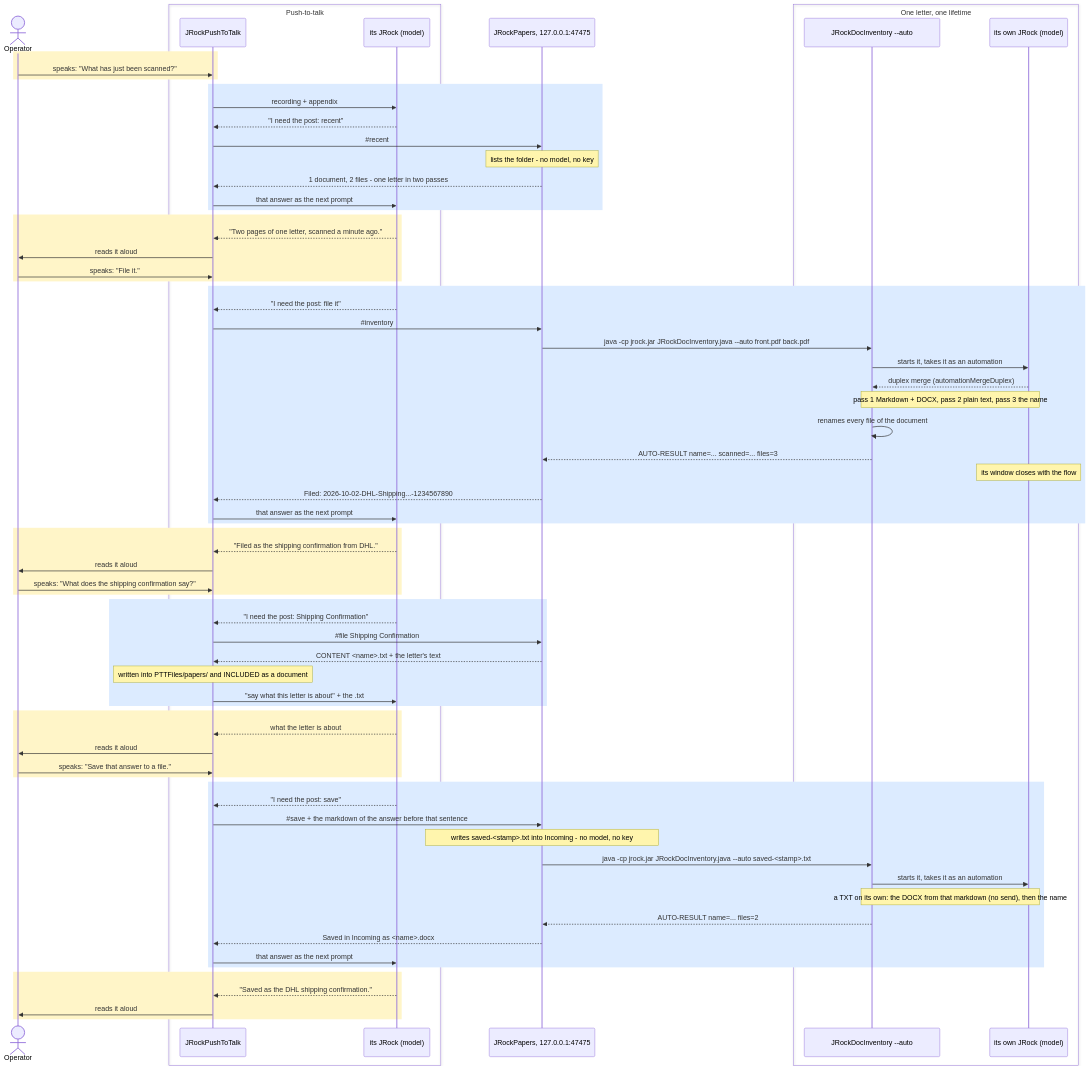
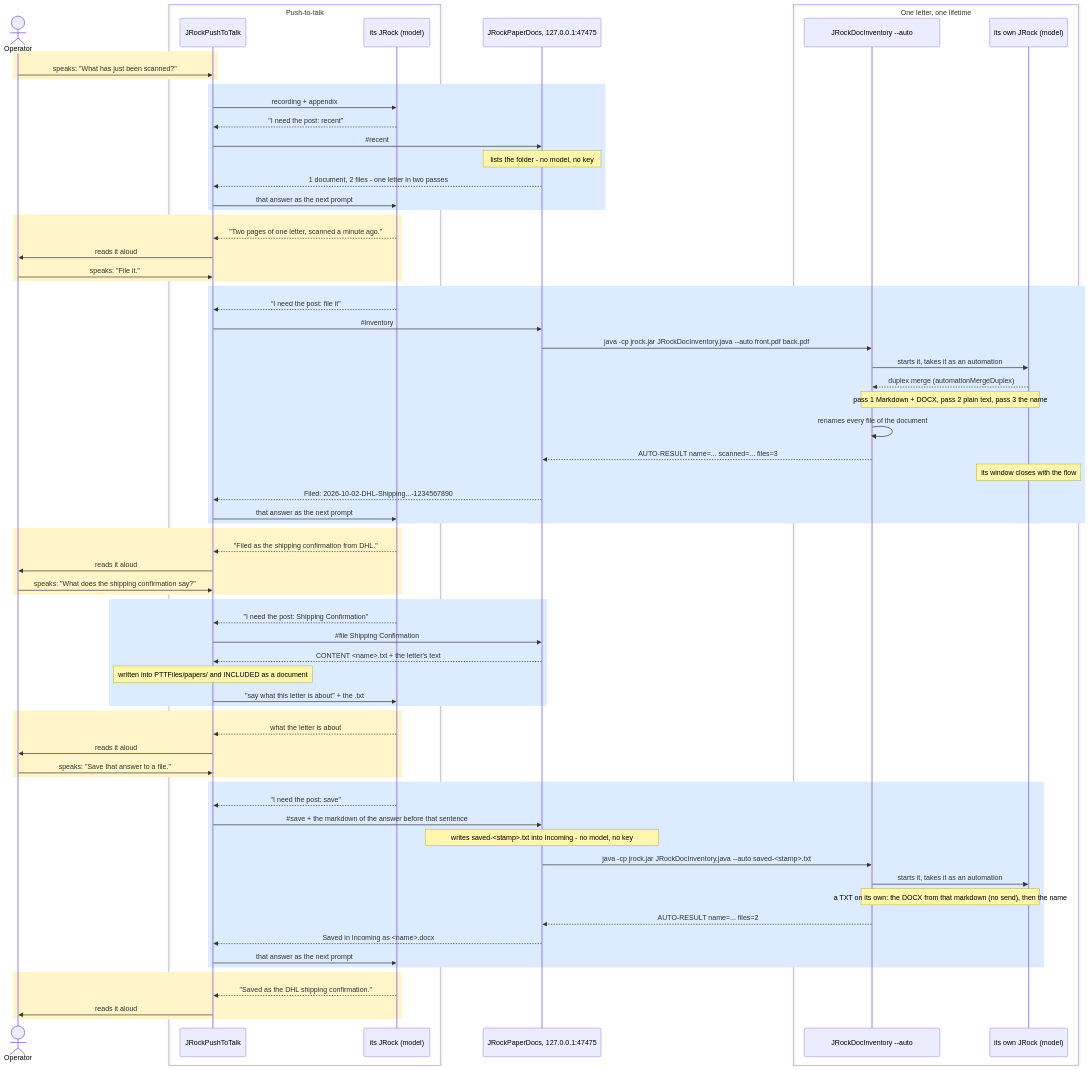
Before and after one commit to ivan-khvostishkov/jrock: the third of 7 diagrams in README.md, drawn with Mermaid. The commit also changed other lines of this file and 5 other files, not shown here.

````diff
--- a/README.md
+++ b/README.md
@@ -2748,75 +2748,75 @@
 ```mermaid
 sequenceDiagram
     actor Op as Operator
     box Push-to-talk
         participant PTT as JRockPushToTalk
         participant PM as its JRock (model)
     end
-    participant Pap as JRockPapers, 127.0.0.1:47475
+    participant Pap as JRockPaperDocs, 127.0.0.1:47475
     box One letter, one lifetime
         participant Flow as JRockDocInventory #45;#45;auto
         participant FM as its own JRock (model)
     end
 
     rect rgb(255, 245, 200)
         Op->>PTT: speaks: "What has just been scanned?"
     end
     rect rgb(220, 235, 255)
         PTT->>PM: recording + appendix
         PM-->>PTT: "I need the post: recent"
         PTT->>Pap: #35;recent
         Note over Pap: lists the folder - no model, no key
         Pap-->>PTT: 1 document, 2 files - one letter in two passes
         PTT->>PM: that answer as the next prompt
     end
     rect rgb(255, 245, 200)
         PM-->>PTT: "Two pages of one letter, scanned a minute ago."
         PTT->>Op: reads it aloud
         Op->>PTT: speaks: "File it."
     end
     rect rgb(220, 235, 255)
         PM-->>PTT: "I need the post: file it"
         PTT->>Pap: #35;inventory
         Pap->>Flow: java -cp jrock.jar JRockDocInventory.java #45;#45;auto front.pdf back.pdf
         Flow->>FM: starts it, takes it as an automation
         FM-->>Flow: duplex merge (automationMergeDuplex)
         Note over Flow,FM: pass 1 Markdown + DOCX, pass 2 plain text, pass 3 the name
         Flow->>Flow: renames every file of the document
         Flow-->>Pap: AUTO-RESULT name=... scanned=... files=3
         Note over FM: its window closes with the flow
         Pap-->>PTT: Filed: 2026-10-02-DHL-Shipping...-1234567890
         PTT->>PM: that answer as the next prompt
     end
     rect rgb(255, 245, 200)
         PM-->>PTT: "Filed as the shipping confirmation from DHL."
         PTT->>Op: reads it aloud
         Op->>PTT: speaks: "What does the shipping confirmation say?"
     end
     rect rgb(220, 235, 255)
         PM-->>PTT: "I need the post: Shipping Confirmation"
         PTT->>Pap: #35;file Shipping Confirmation
         Pap-->>PTT: CONTENT <name>.txt + the letter's text
         Note over PTT: written into PTTFiles/papers/ and INCLUDED as a document
         PTT->>PM: "say what this letter is about" + the .txt
     end
     rect rgb(255, 245, 200)
         PM-->>PTT: what the letter is about
         PTT->>Op: reads it aloud
         Op->>PTT: speaks: "Save that answer to a file."
     end
     rect rgb(220, 235, 255)
         PM-->>PTT: "I need the post: save"
         PTT->>Pap: #35;save + the markdown of the answer before that sentence
         Note over Pap: writes saved-#60;stamp#62;.txt into Incoming - no model, no key
         Pap->>Flow: java -cp jrock.jar JRockDocInventory.java #45;#45;auto saved-#60;stamp#62;.txt
         Flow->>FM: starts it, takes it as an automation
         Note over Flow,FM: a TXT on its own: the DOCX from that markdown (no send), then the name
         Flow-->>Pap: AUTO-RESULT name=... files=2
         Pap-->>PTT: Saved in Incoming as #60;name#62;.docx
         PTT->>PM: that answer as the next prompt
     end
     rect rgb(255, 245, 200)
         PM-->>PTT: "Saved as the DHL shipping confirmation."
         PTT->>Op: reads it aloud
     end
 ```
````
